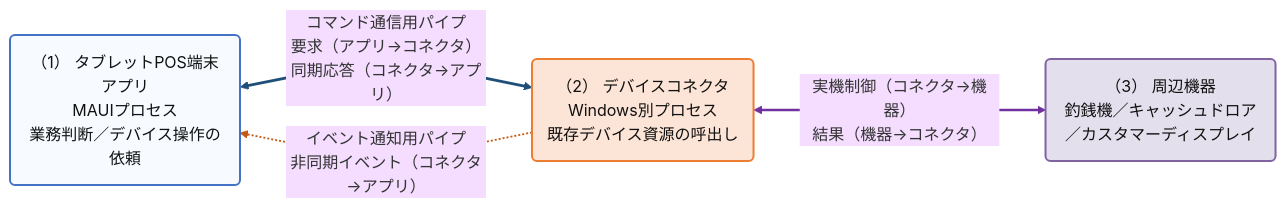
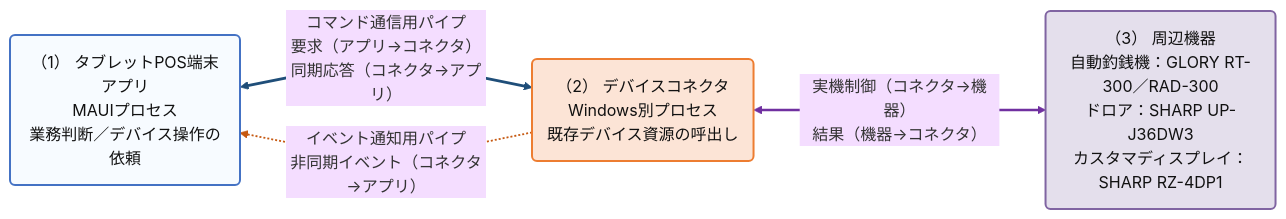
Before and after one commit to vti-sam/smj-ks-pos-stored: the first of 3 diagrams in artifacts/reports/architecture/ARCH-HOST-01_タブレットPOS_デバイスコネクタ基本設計書/ARCH-HOST-01_タブレットPOS_デバイスコネクタ基本設計書.md, drawn with Mermaid (base theme). The commit also changed other lines of this file and 19 other files, not shown here.

````diff
--- a/artifacts/reports/architecture/ARCH-HOST-01_タブレットPOS_デバイスコネクタ基本設計書/ARCH-HOST-01_タブレットPOS_デバイスコネクタ基本設計書.md
+++ b/artifacts/reports/architecture/ARCH-HOST-01_タブレットPOS_デバイスコネクタ基本設計書/ARCH-HOST-01_タブレットPOS_デバイスコネクタ基本設計書.md
@@ -220,20 +222,20 @@
 ```mermaid
 %%{init: {"flowchart": {"defaultRenderer": "dagre", "curve": "linear", "nodeSpacing": 54, "rankSpacing": 92}}}%%
 flowchart LR
     APP("（1） タブレットPOS端末アプリ<br/>MAUIプロセス<br/>業務判断／デバイス操作の依頼")
     HOST("（2） デバイスコネクタ<br/>Windows別プロセス<br/>既存デバイス資源の呼出し")
-    DEVICE("（3） 周辺機器<br/>釣銭機／キャッシュドロア／カスタマーディスプレイ")
+    DEVICE("（3） 周辺機器<br/>自動釣銭機：GLORY RT-300／RAD-300<br/>ドロア：SHARP UP-J36DW3<br/>カスタマディスプレイ：SHARP RZ-4DP1")
 
     APP <-->|コマンド通信用パイプ<br/>要求（アプリ→コネクタ）<br/>同期応答（コネクタ→アプリ）| HOST
     HOST -.->|イベント通知用パイプ<br/>非同期イベント（コネクタ→アプリ）| APP
     HOST <-->|実機制御（コネクタ→機器）<br/>結果（機器→コネクタ）| DEVICE
 
     classDef area fill:#F8FBFD,stroke:#0D32B2,stroke-width:2px,color:#111111
     class APP,HOST,DEVICE area
     style APP fill:#F7FBFF,stroke:#4472C4
     style HOST fill:#FCE4D6,stroke:#ED7D31
     style DEVICE fill:#E4DFEC,stroke:#8064A2
     linkStyle 0 stroke:#1F4E79,stroke-width:2.8px
     linkStyle 1 stroke:#C65911,stroke-width:1.8px
     linkStyle 2 stroke:#7030A0,stroke-width:2.4px
 ```
````
